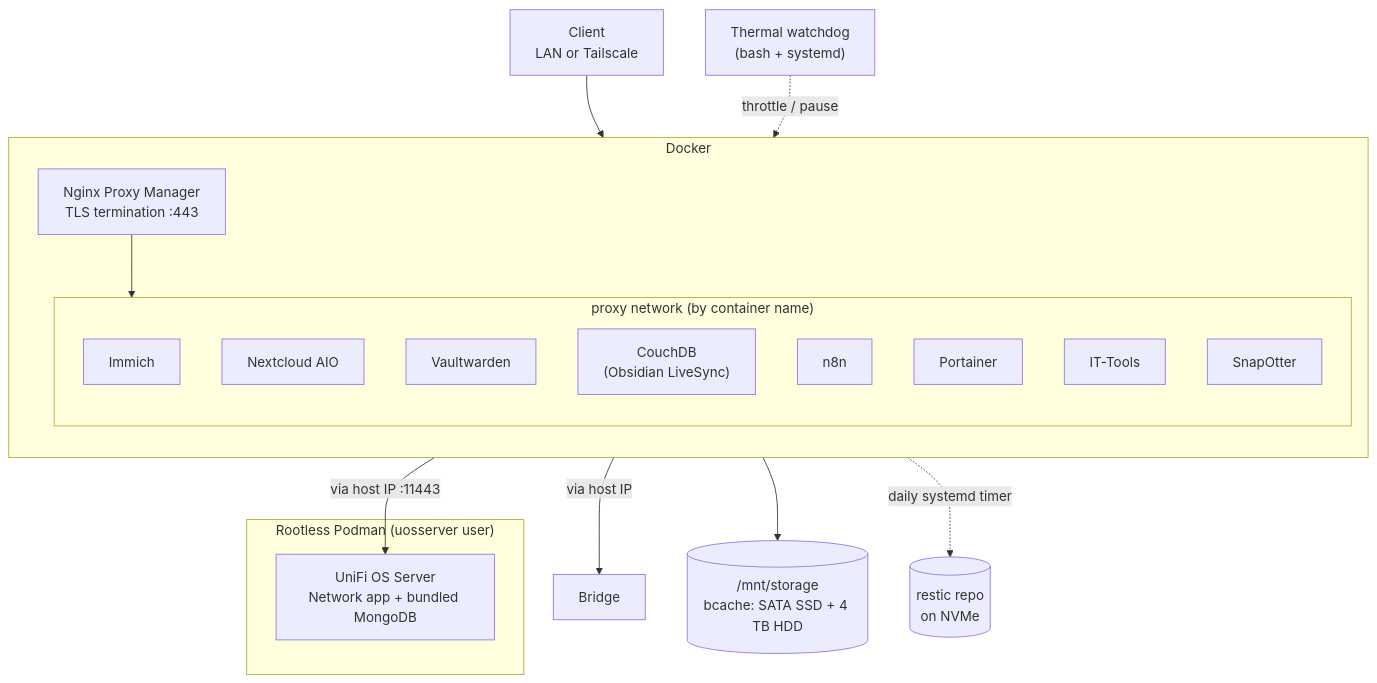
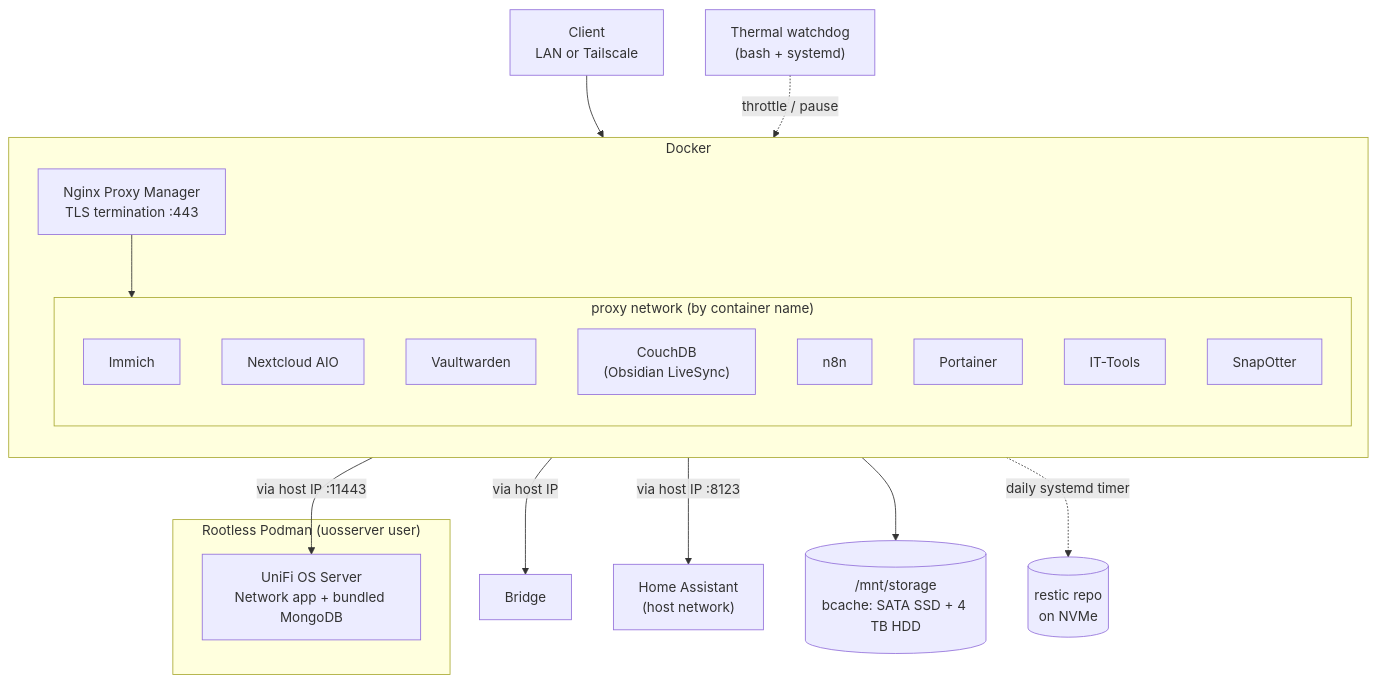
Before and after one commit to schultzn6619/homelab-documentation: the second of 2 diagrams in README.md, drawn with Mermaid. The commit also changed other lines of this file and 8 other files, not shown here.

Commit message:
Add Home Assistant (Container install, host network) behind NPM, with nightly backup

````diff
--- a/README.md
+++ b/README.md
@@ -55,32 +55,33 @@
 ```mermaid
 flowchart TB
     Client[Client<br/>LAN or Tailscale] --> NPM["Nginx Proxy Manager<br/>TLS termination :443"]
 
     subgraph Docker["Docker"]
         direction TB
         NPM
         subgraph Proxy["proxy network (by container name)"]
             Immich
             Nextcloud[Nextcloud AIO]
             Vaultwarden
             CouchDB["CouchDB<br/>(Obsidian LiveSync)"]
             n8n
             Portainer
             ITTools[IT-Tools]
             SnapOtter
         end
     end
 
     subgraph Podman["Rootless Podman (uosserver user)"]
         UOS["UniFi OS Server<br/>Network app + bundled MongoDB"]
     end
 
     NPM --> Proxy
     NPM -- "via host IP" --> Bridge
     NPM -- "via host IP :11443" --> UOS
+    NPM -- "via host IP :8123" --> HA["Home Assistant<br/>(host network)"]
 
     Proxy --> Storage[("/mnt/storage<br/>bcache: SATA SSD + 4 TB HDD")]
     Proxy -. "daily systemd timer" .-> Backups[("restic repo<br/>on NVMe")]
 
     Watchdog["Thermal watchdog<br/>(bash + systemd)"] -. "throttle / pause" .-> Immich
 ```
````
